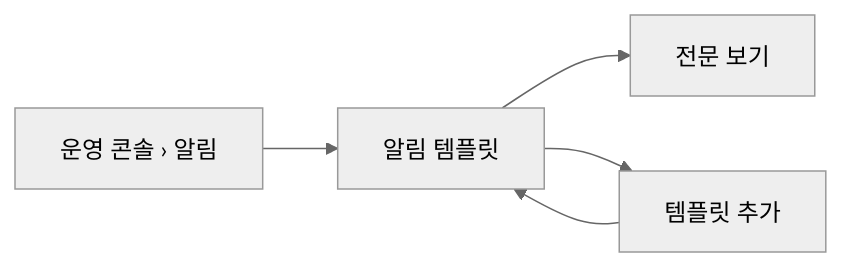
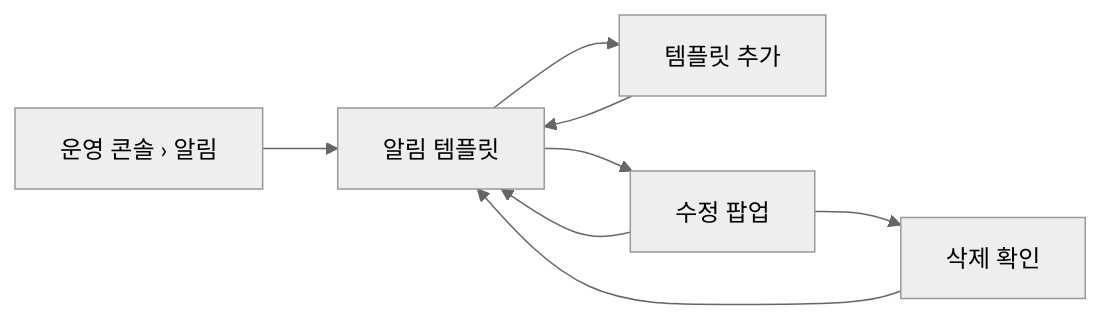
One commit to StudyClub-PlusPlus/studyclub-engineering changed the diagram in 01-planning/stories/notification-template/PRD.md. Above: the diagram before and after it, drawn with Mermaid (neutral theme). The commit also changed other lines of this file and 6 other files, not shown here.

````diff
--- a/01-planning/stories/notification-template/PRD.md
+++ b/01-planning/stories/notification-template/PRD.md
@@ -15,6 +15,7 @@
 ```mermaid
 flowchart LR
   A["운영 콘솔 › 알림"] --> B["알림 템플릿"]
-  B --> C["전문 보기"]
   B --> D["템플릿 추가"] --> B
+  B --> C["수정 팝업"] --> B
+  C --> E["삭제 확인"] --> B
 ```
````
